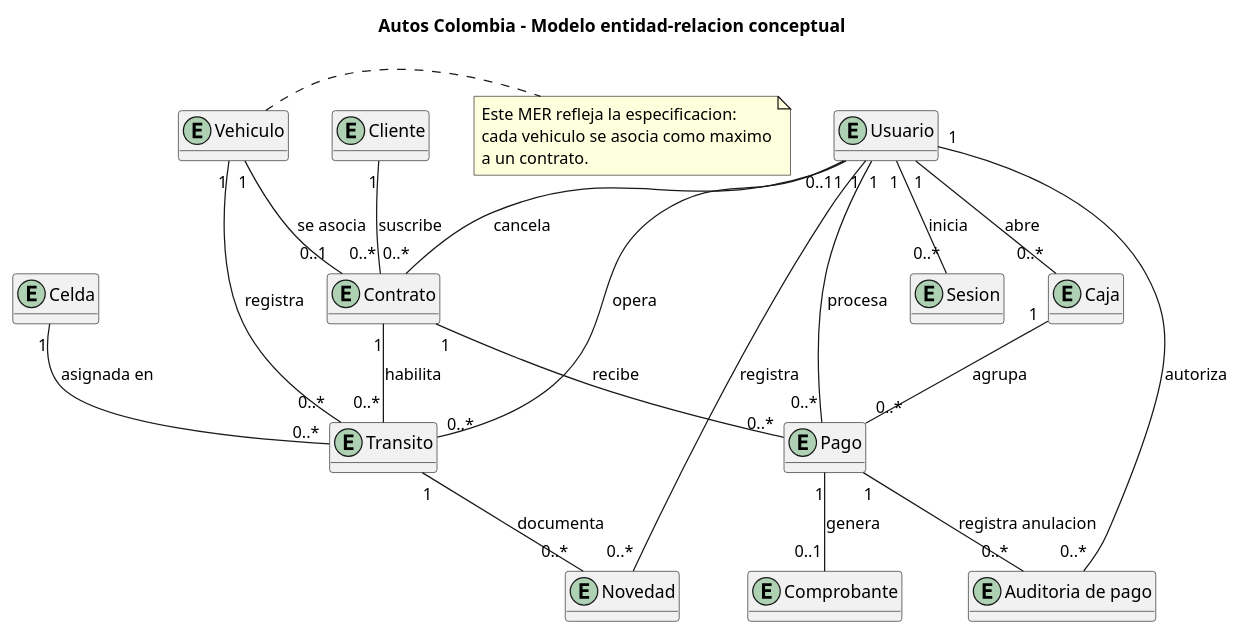
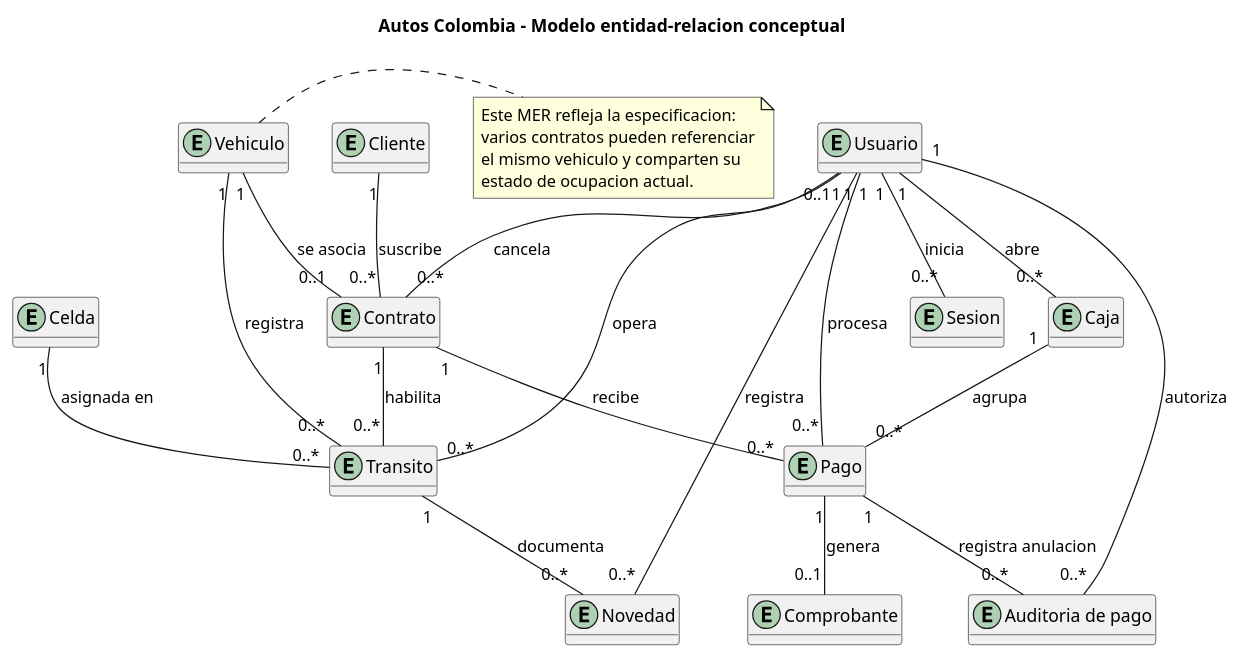
One commit to 1J3G/parqueadero-colombia changed the first of 3 diagrams in docs/modelos-de-datos.puml. Above: the diagram before and after it, drawn with PlantUML. The commit also changed other lines of this file and 41 other files, not shown here.

```diff
--- a/docs/modelos-de-datos.puml
+++ b/docs/modelos-de-datos.puml
@@ -1,42 +1,43 @@
 @startuml MER conceptual
 title Autos Colombia - Modelo entidad-relacion conceptual
 hide methods
 skinparam classAttributeIconSize 0
 
 entity "Usuario" as Usuario
 entity "Sesion" as Sesion
 entity "Cliente" as Cliente
 entity "Vehiculo" as Vehiculo
 entity "Contrato" as Contrato
 entity "Celda" as Celda
 entity "Caja" as Caja
 entity "Transito" as Transito
 entity "Novedad" as Novedad
 entity "Pago" as Pago
 entity "Comprobante" as Comprobante
 entity "Auditoria de pago" as Auditoria
 
 Usuario "1" -- "0..*" Sesion : inicia
 Cliente "1" -- "0..*" Contrato : suscribe
 Vehiculo "1" -- "0..1" Contrato : se asocia
 Usuario "0..1" -- "0..*" Contrato : cancela
 Usuario "1" -- "0..*" Caja : abre
 Vehiculo "1" -- "0..*" Transito : registra
 Contrato "1" -- "0..*" Transito : habilita
 Celda "1" -- "0..*" Transito : asignada en
 Usuario "1" -- "0..*" Transito : opera
 Transito "1" -- "0..*" Novedad : documenta
 Usuario "1" -- "0..*" Novedad : registra
 Contrato "1" -- "0..*" Pago : recibe
 Caja "1" -- "0..*" Pago : agrupa
 Usuario "1" -- "0..*" Pago : procesa
 Pago "1" -- "0..1" Comprobante : genera
 Pago "1" -- "0..*" Auditoria : registra anulacion
 Usuario "1" -- "0..*" Auditoria : autoriza
 
 note right of Vehiculo
   Este MER refleja la especificacion:
-  cada vehiculo se asocia como maximo
-  a un contrato.
+  varios contratos pueden referenciar
+  el mismo vehiculo y comparten su
+  estado de ocupacion actual.
 end note
 @enduml
```
